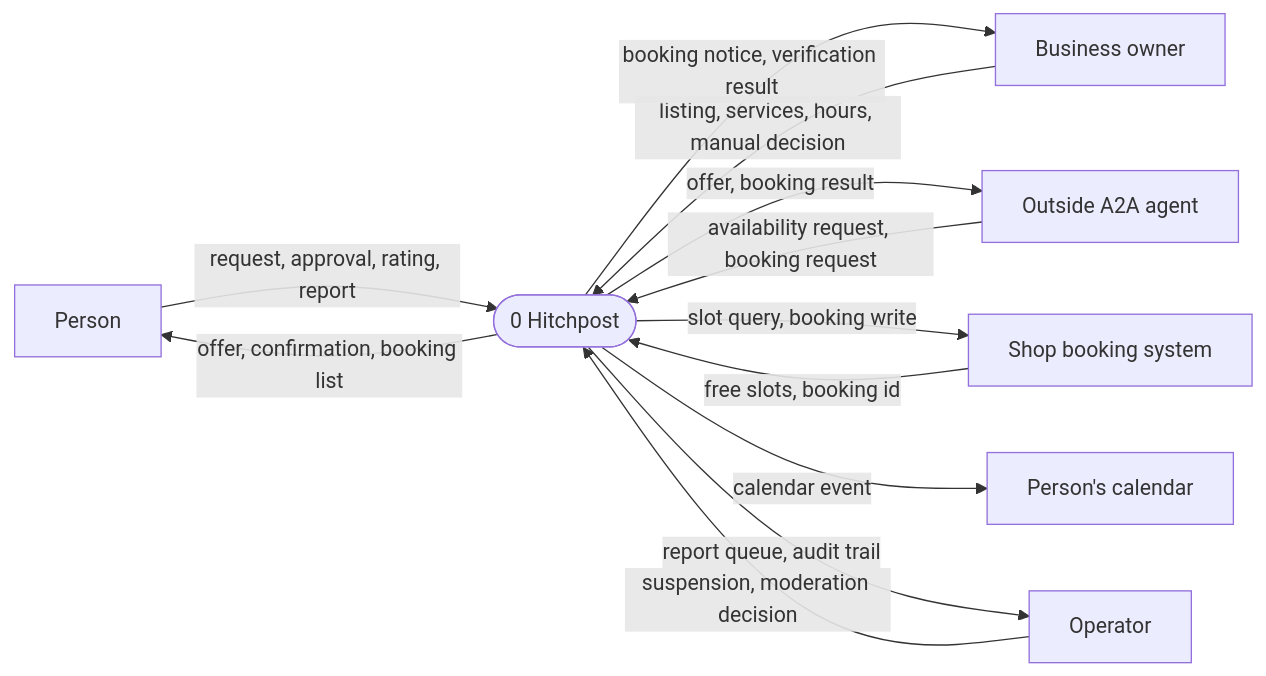
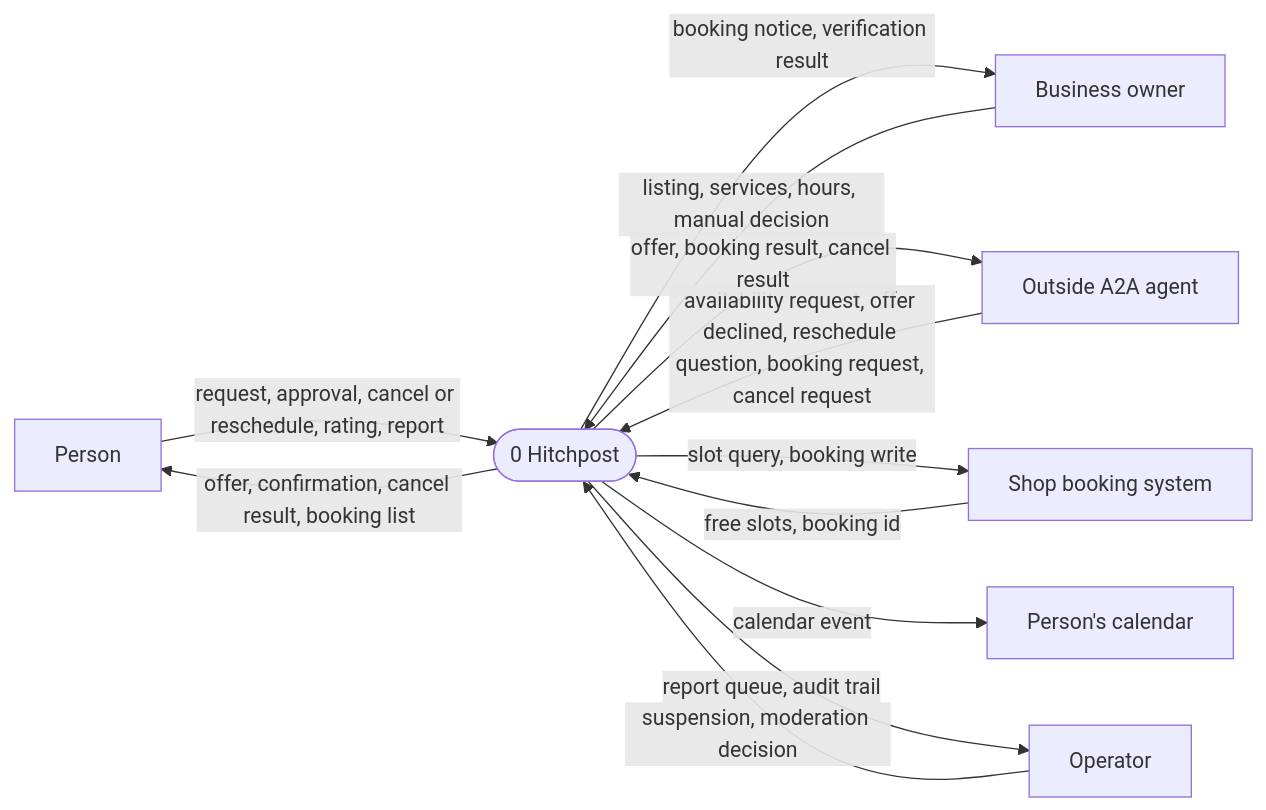
The first of 9 diagrams in docs/sad/07-process-and-behaviour-models.md (Jannisar01/hitchpost), drawn with Mermaid before and after one commit. The commit also changed other lines of this file and 22 other files, not shown here.

````diff
--- a/docs/sad/07-process-and-behaviour-models.md
+++ b/docs/sad/07-process-and-behaviour-models.md
@@ -35,22 +35,22 @@
 ```mermaid
 flowchart LR
   person[Person]
   owner[Business owner]
   peer[Outside A2A agent]
   booking[Shop booking system]
   calendar[Person's calendar]
   operator[Operator]
   hp([0 Hitchpost])
 
-  person -- "request, approval, rating, report" --> hp
-  hp -- "offer, confirmation, booking list" --> person
+  person -- "request, approval, cancel or reschedule, rating, report" --> hp
+  hp -- "offer, confirmation, cancel result, booking list" --> person
   owner -- "listing, services, hours, manual decision" --> hp
   hp -- "booking notice, verification result" --> owner
-  peer -- "availability request, booking request" --> hp
-  hp -- "offer, booking result" --> peer
+  peer -- "availability request, offer declined, reschedule question, booking request, cancel request" --> hp
+  hp -- "offer, booking result, cancel result" --> peer
   hp -- "slot query, booking write" --> booking
   booking -- "free slots, booking id" --> hp
   hp -- "calendar event" --> calendar
   operator -- "suspension, moderation decision" --> hp
   hp -- "report queue, audit trail" --> operator
 ```
````
